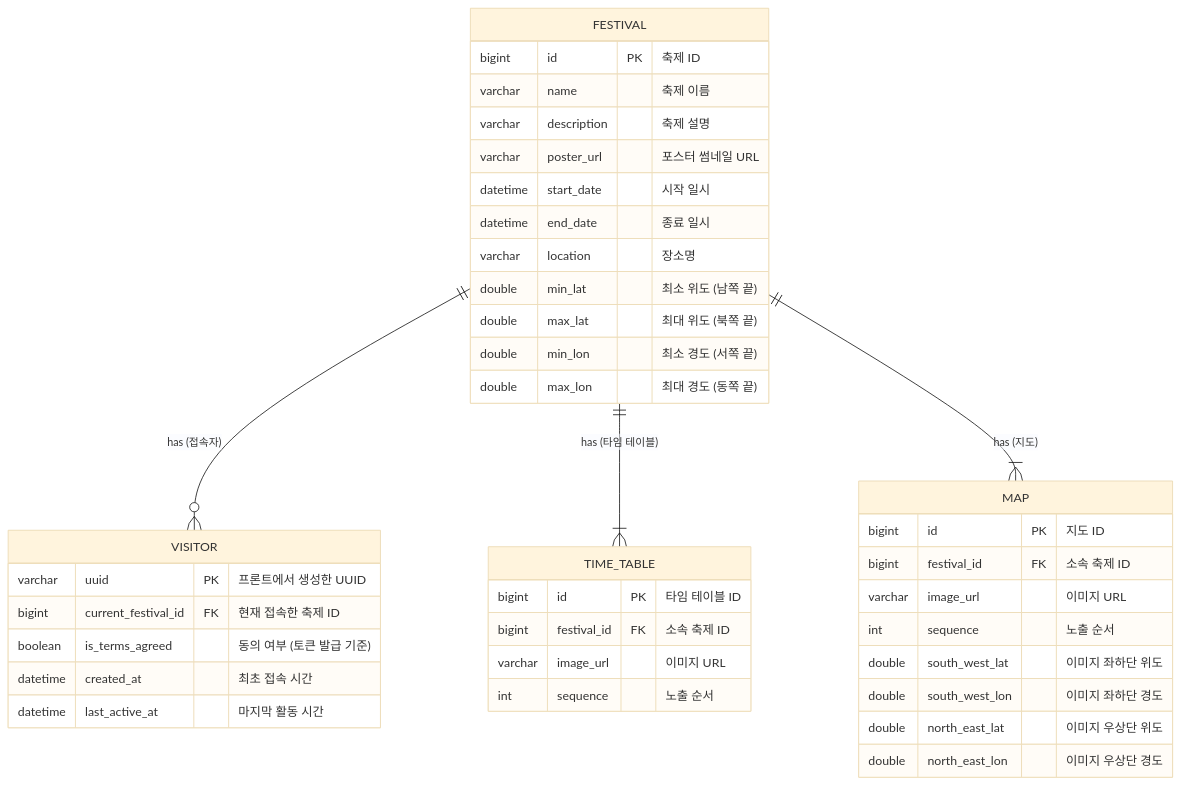
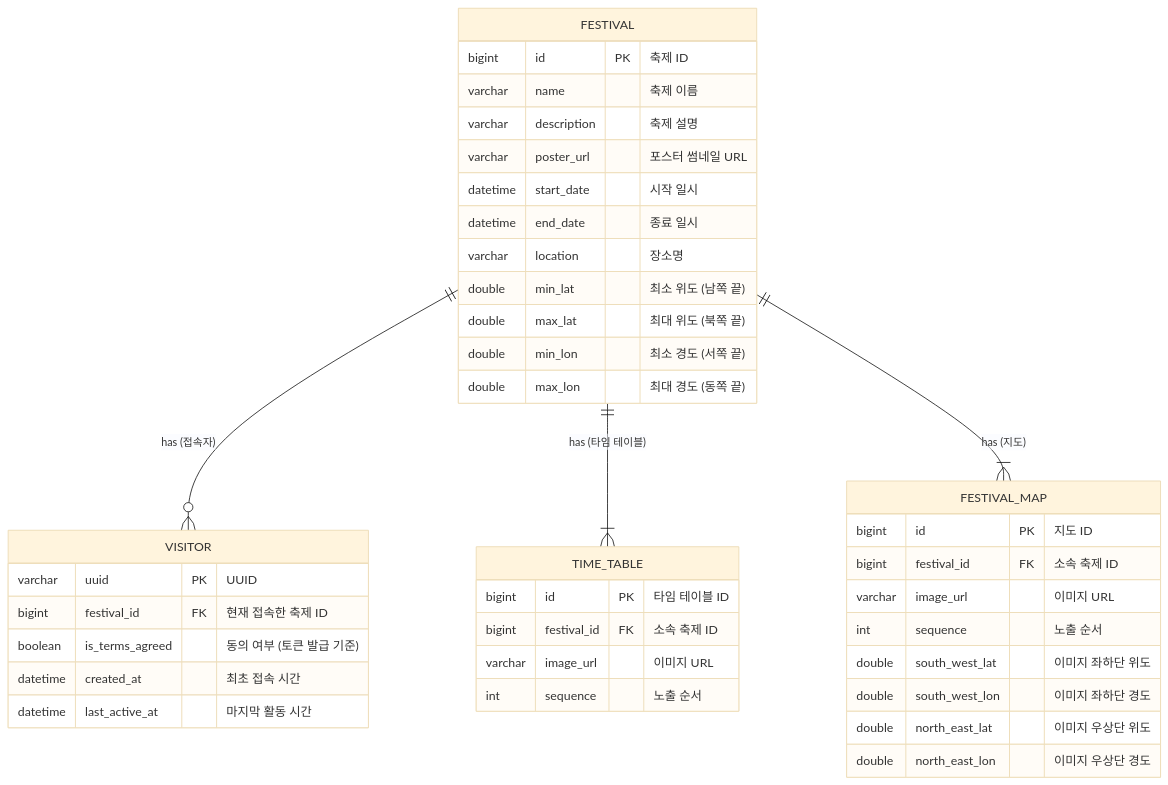
The diagram in docs/erd.md (wagle-project/wagle-server), drawn with Mermaid (base theme) before and after one commit.

Commit message:
fix: erd 일부의 변경사항 반영

````diff
--- a/docs/erd.md
+++ b/docs/erd.md
@@ -3,51 +3,50 @@
 ```mermaid
 erDiagram
-    FESTIVAL ||--o{ VISITOR : "has (접속자)"    
+    FESTIVAL ||--o{ VISITOR : "has (접속자)"
     FESTIVAL ||--|{ TIME_TABLE : "has (타임 테이블)"
-    FESTIVAL ||--|{ MAP : "has (지도)"
+    FESTIVAL ||--|{ FESTIVAL_MAP : "has (지도)"
 
-	VISITOR {
-    varchar uuid PK "프론트에서 생성한 UUID"
-    %% 프론트 측에서 생성해 서버쪽으로 넘겨주는 형식으로 구
-    bigint current_festival_id FK "현재 접속한 축제 ID"
-    boolean is_terms_agreed "동의 여부 (토큰 발급 기준)"
-    datetime created_at "최초 접속 시간"
-    datetime last_active_at "마지막 활동 시간"
+		VISITOR {
+        varchar uuid PK "UUID"
+        bigint festival_id FK "현재 접속한 축제 ID"
+        boolean is_terms_agreed "동의 여부 (토큰 발급 기준)"
+        datetime created_at "최초 접속 시간"
+        datetime last_active_at "마지막 활동 시간"
     }
 
-    FESTIVAL {
-    bigint id PK "축제 ID"
-    varchar name "축제 이름"
-    varchar description "축제 설명"
-    varchar poster_url "포스터 썸네일 URL"
-    datetime start_date "시작 일시"
-    datetime end_date "종료 일시"
-    varchar location "장소명"
+		FESTIVAL {
+        bigint id PK "축제 ID"
+        varchar name "축제 이름"
+        varchar description "축제 설명"
+        varchar poster_url "포스터 썸네일 URL"
+        datetime start_date "시작 일시"
+        datetime end_date "종료 일시"
+        varchar location "장소명"
         
-    %% 축제 허용 범위
-    double min_lat "최소 위도 (남쪽 끝)"
-    double max_lat "최대 위도 (북쪽 끝)"
-    double min_lon "최소 경도 (서쪽 끝)"
-    double max_lon "최대 경도 (동쪽 끝)"
+        %% 축제 허용 범위
+        double min_lat "최소 위도 (남쪽 끝)"
+        double max_lat "최대 위도 (북쪽 끝)"
+        double min_lon "최소 경도 (서쪽 끝)"
+        double max_lon "최대 경도 (동쪽 끝)"
     }
 
     TIME_TABLE {
-    bigint id PK "타임 테이블 ID"
-    bigint festival_id FK "소속 축제 ID"
-    varchar image_url "이미지 URL"
-    int sequence "노출 순서"
+        bigint id PK "타임 테이블 ID"
+        bigint festival_id FK "소속 축제 ID"
+        varchar image_url "이미지 URL"
+        int sequence "노출 순서"
     }
     
-    MAP {
-    bigint id PK "지도 ID"
-    bigint festival_id FK "소속 축제 ID"
-    varchar image_url "이미지 URL"
-    int sequence "노출 순서"
+    FESTIVAL_MAP {
+        bigint id PK "지도 ID"
+        bigint festival_id FK "소속 축제 ID"
+        varchar image_url "이미지 URL"
+        int sequence "노출 순서"
         
-    %% 이미지를 지도에 매핑하기 위한 좌표
-    double south_west_lat "이미지 좌하단 위도"
-    double south_west_lon "이미지 좌하단 경도"
-    double north_east_lat "이미지 우상단 위도"
-    double north_east_lon "이미지 우상단 경도"
+        %% 이미지를 지도에 매핑하기 위한 좌표 (Ground Overlay용)
+        double south_west_lat "이미지 좌하단 위도"
+        double south_west_lon "이미지 좌하단 경도"
+        double north_east_lat "이미지 우상단 위도"
+        double north_east_lon "이미지 우상단 경도"
     }
 ```
````
